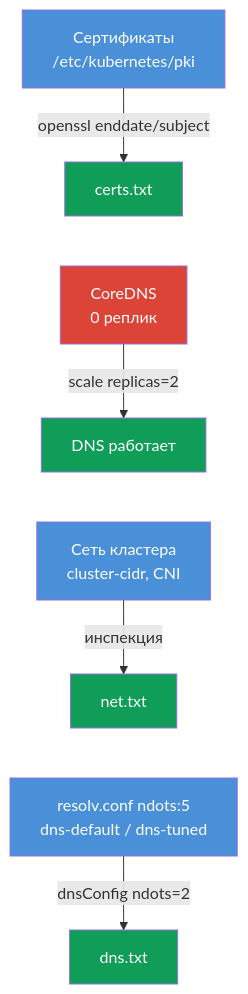
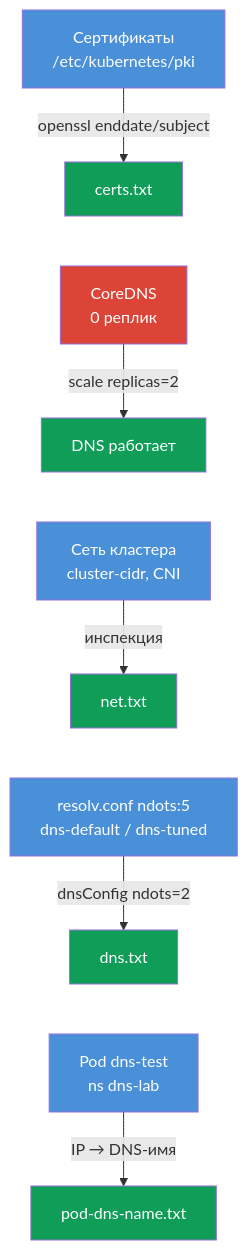
Before and after one commit to ViktorUJ/cks: the diagram in tasks/cka/labs/118/README_RU.MD, drawn with Mermaid. The commit also changed other lines of this file and 8 other files, not shown here.

````diff
--- a/tasks/cka/labs/118/README_RU.MD
+++ b/tasks/cka/labs/118/README_RU.MD
@@ -38,18 +39,22 @@
 ```mermaid
 flowchart TB
     a["Сертификаты<br>/etc/kubernetes/pki"] -->|"openssl enddate/subject"| a2["certs.txt"]
     b["CoreDNS<br>0 реплик"] -->|"scale replicas=2"| b2["DNS работает"]
     c["Сеть кластера<br>cluster-cidr, CNI"] -->|"инспекция"| c2["net.txt"]
     d["resolv.conf ndots:5<br>dns-default / dns-tuned"] -->|"dnsConfig ndots=2"| d2["dns.txt"]
+    e["Pod dns-test<br>ns dns-lab"] -->|"IP → DNS-имя"| e2["pod-dns-name.txt"]
     a2 ~~~ b
     b2 ~~~ c
     c2 ~~~ d
+    d2 ~~~ e
     style a fill:#4a90d9,color:#fff
     style b fill:#db4437,color:#fff
     style c fill:#4a90d9,color:#fff
     style d fill:#4a90d9,color:#fff
+    style e fill:#4a90d9,color:#fff
     style a2 fill:#0f9d58,color:#fff
     style b2 fill:#0f9d58,color:#fff
     style c2 fill:#0f9d58,color:#fff
     style d2 fill:#0f9d58,color:#fff
+    style e2 fill:#0f9d58,color:#fff
 ```
````
